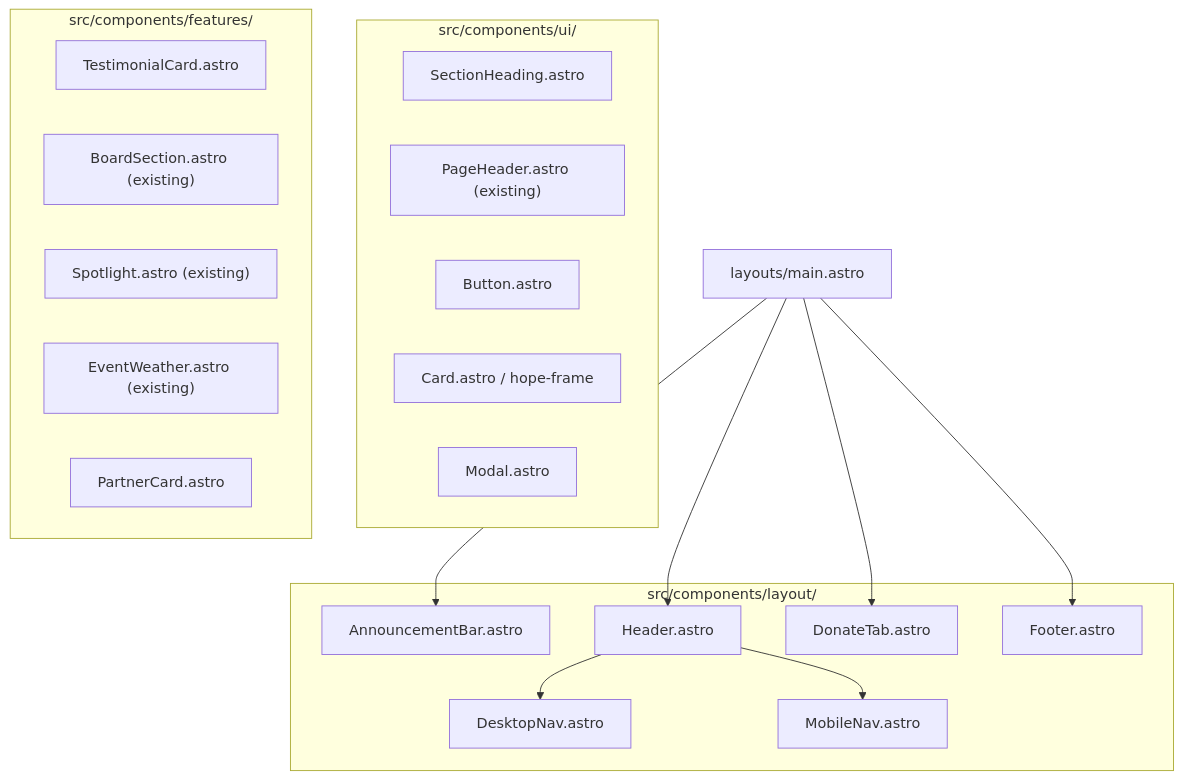
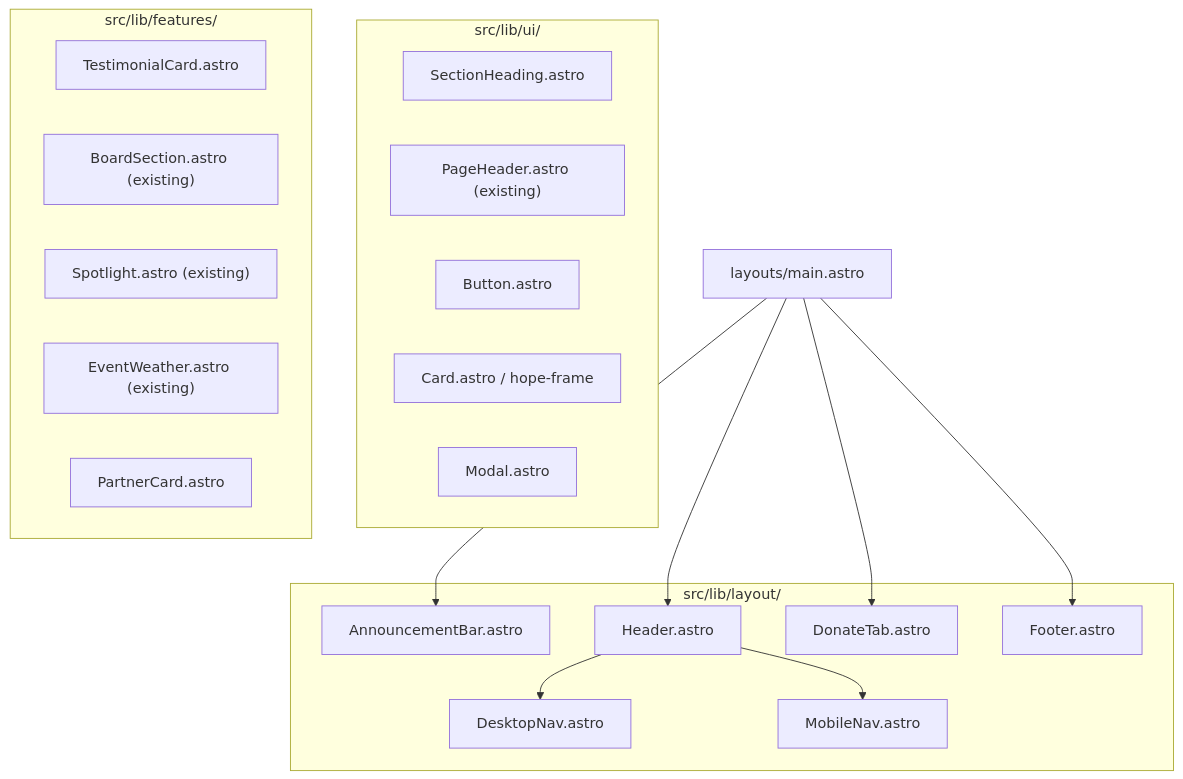
Before and after one commit to Hope-House-Guthrie/Hope-House-Site: the second of 2 diagrams in REFACTOR-TODO.md, drawn with Mermaid. The commit also changed other lines of this file and 40 other files, not shown here.

````diff
--- a/REFACTOR-TODO.md
+++ b/REFACTOR-TODO.md
@@ -188,34 +188,34 @@
 ```mermaid
 graph TD
-    subgraph Layout Components ["src/components/layout/"]
+    subgraph Layout Components ["src/lib/layout/"]
         AnnouncementBar["AnnouncementBar.astro"]
         Header["Header.astro"]
         DesktopNav["DesktopNav.astro"]
         MobileNav["MobileNav.astro"]
         DonateTab["DonateTab.astro"]
         Footer["Footer.astro"]
     end
 
-    subgraph UI Primitives ["src/components/ui/"]
+    subgraph UI Primitives ["src/lib/ui/"]
         SectionHeading["SectionHeading.astro"]
         PageHeader["PageHeader.astro (existing)"]
         Button["Button.astro"]
         Card["Card.astro / hope-frame"]
         Modal["Modal.astro"]
     end
 
-    subgraph Feature Components ["src/components/features/"]
+    subgraph Feature Components ["src/lib/features/"]
         TestimonialCard["TestimonialCard.astro"]
         BoardSection["BoardSection.astro (existing)"]
         Spotlight["Spotlight.astro (existing)"]
         EventWeather["EventWeather.astro (existing)"]
         PartnerCard["PartnerCard.astro"]
     end
 
     Layout["layouts/main.astro"] --> AnnouncementBar
     Layout --> Header
     Header --> DesktopNav
     Header --> MobileNav
     Layout --> DonateTab
     Layout --> Footer
 ```
````
